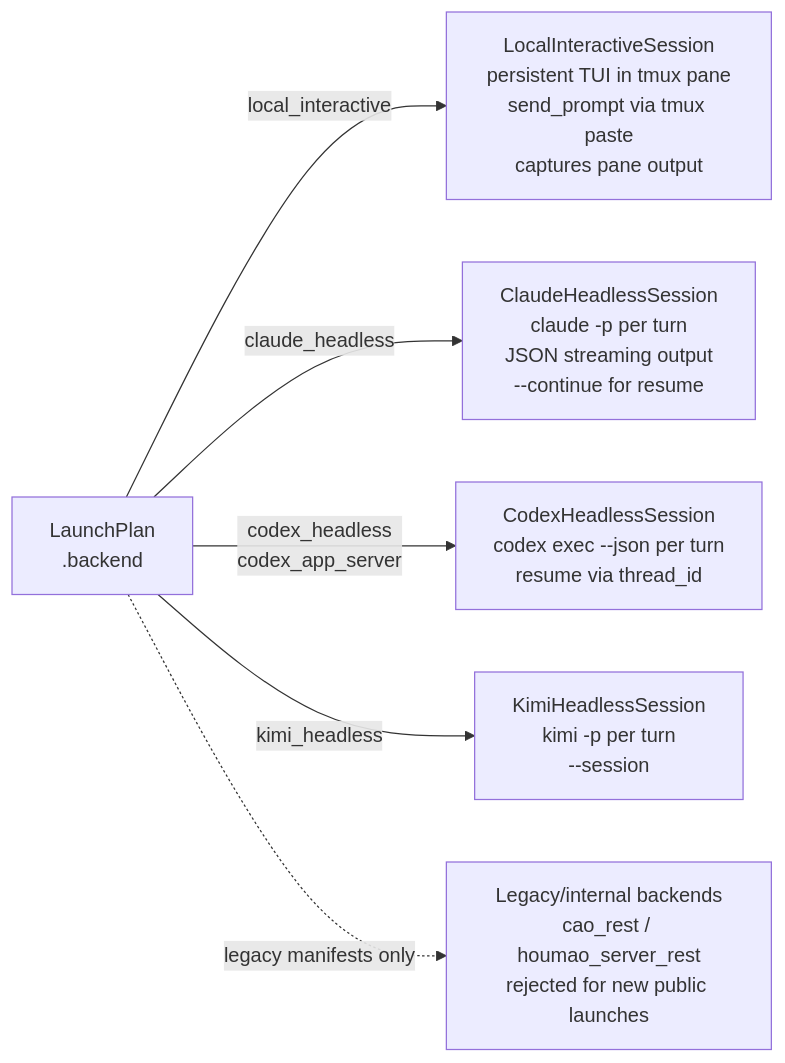
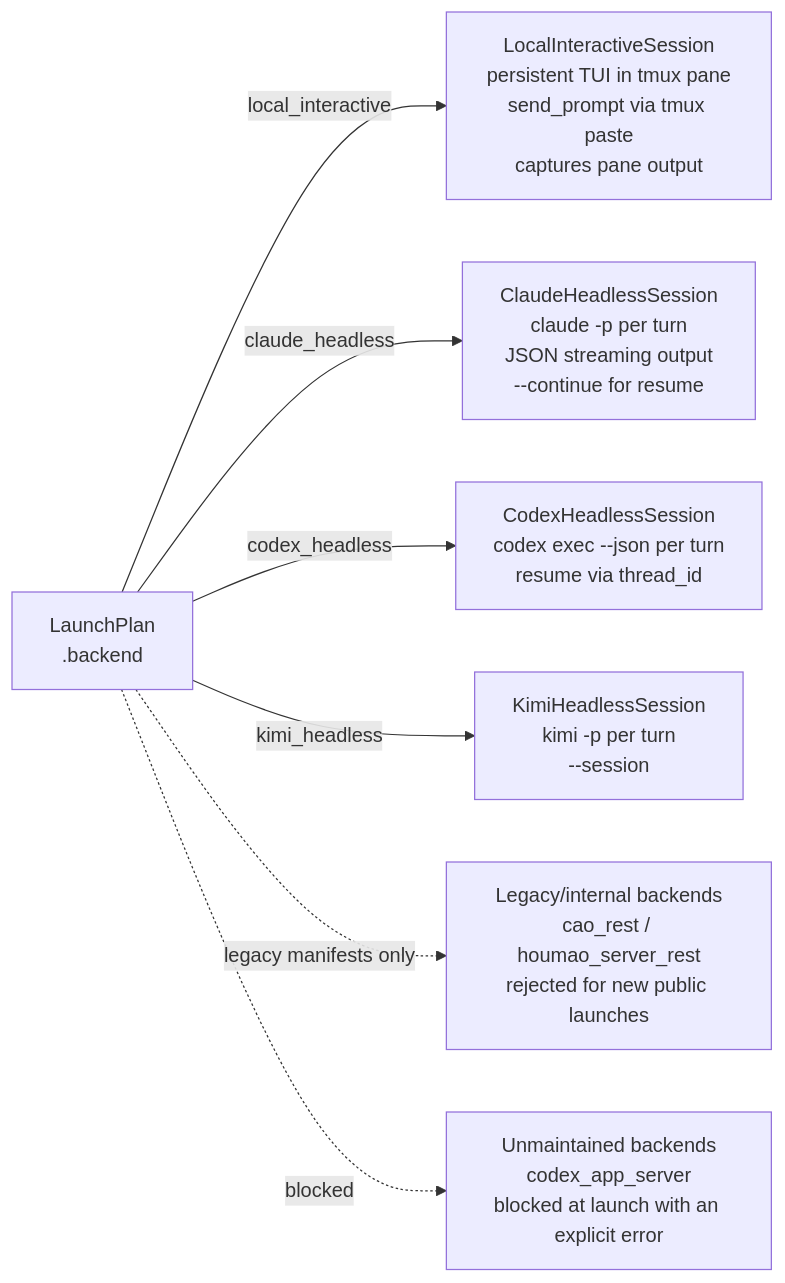
The diagram in docs/reference/run-phase/backends.md (igamenovoer/houmao), drawn with Mermaid before and after one commit. The commit also changed other lines of this file and 64 other files, not shown here.

````diff
--- a/docs/reference/run-phase/backends.md
+++ b/docs/reference/run-phase/backends.md
@@ -23,16 +23,18 @@
 ```mermaid
 flowchart LR
     LP["LaunchPlan<br/>.backend"]
 
     LI["LocalInteractiveSession<br/>persistent TUI in tmux pane<br/>send_prompt via tmux paste<br/>captures pane output"]
     CH["ClaudeHeadlessSession<br/>claude -p per turn<br/>JSON streaming output<br/>--continue for resume"]
     CX["CodexHeadlessSession<br/>codex exec --json per turn<br/>resume via thread_id"]
     KH["KimiHeadlessSession<br/>kimi -p per turn<br/>--session <session_id>"]
     LEG["Legacy/internal backends<br/>cao_rest / houmao_server_rest<br/>rejected for new public launches"]
+    UNM["Unmaintained backends<br/>codex_app_server<br/>blocked at launch with an explicit error"]
 
     LP -->|local_interactive| LI
     LP -->|claude_headless| CH
-    LP -->|codex_headless<br/>codex_app_server| CX
+    LP -->|codex_headless| CX
     LP -->|kimi_headless| KH
     LP -.->|legacy manifests only| LEG
+    LP -.->|blocked| UNM
 ```
````
